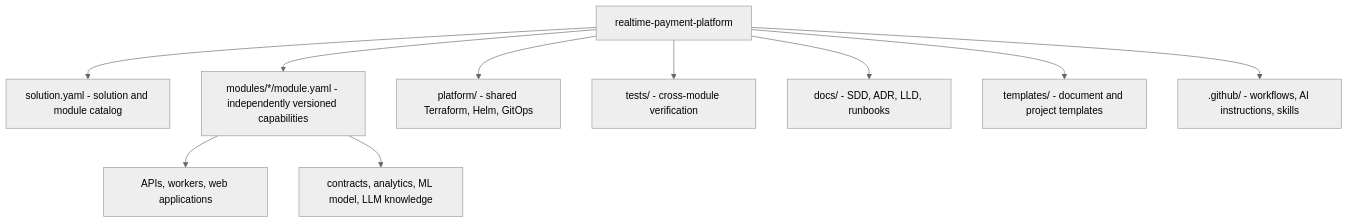
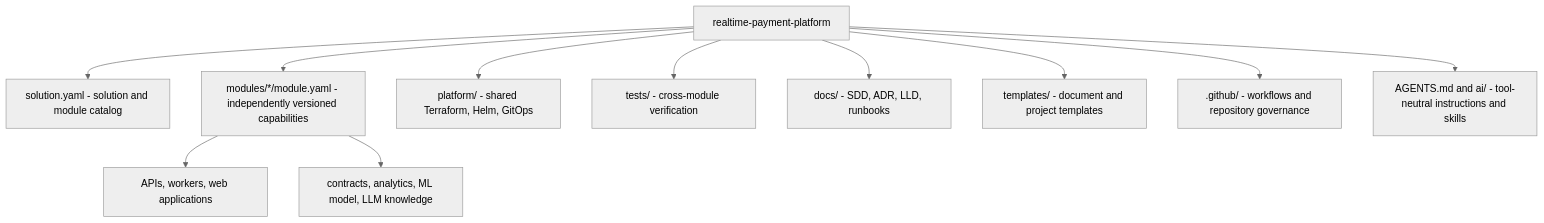
Before and after one commit to varunpathania86/realtime-payment-platform: the first of 3 diagrams in docs/architecture/repository-overview.md, drawn with Mermaid (neutral theme). The commit also changed other lines of this file and 94 other files, not shown here.

````diff
--- a/docs/architecture/repository-overview.md
+++ b/docs/architecture/repository-overview.md
@@ -7,13 +7,14 @@
 ```mermaid
 flowchart TB
   root[realtime-payment-platform]
   root --> catalog[solution.yaml - solution and module catalog]
   root --> modules[modules/*/module.yaml - independently versioned capabilities]
   modules --> apps[APIs, workers, web applications]
   modules --> data[contracts, analytics, ML model, LLM knowledge]
   root --> platform[platform/ - shared Terraform, Helm, GitOps]
   root --> tests[tests/ - cross-module verification]
   root --> docs[docs/ - SDD, ADR, LLD, runbooks]
   root --> templates[templates/ - document and project templates]
-  root --> github[.github/ - workflows, AI instructions, skills]
+  root --> github[.github/ - workflows and repository governance]
+  root --> ai[AGENTS.md and ai/ - tool-neutral instructions and skills]
 ```
````
